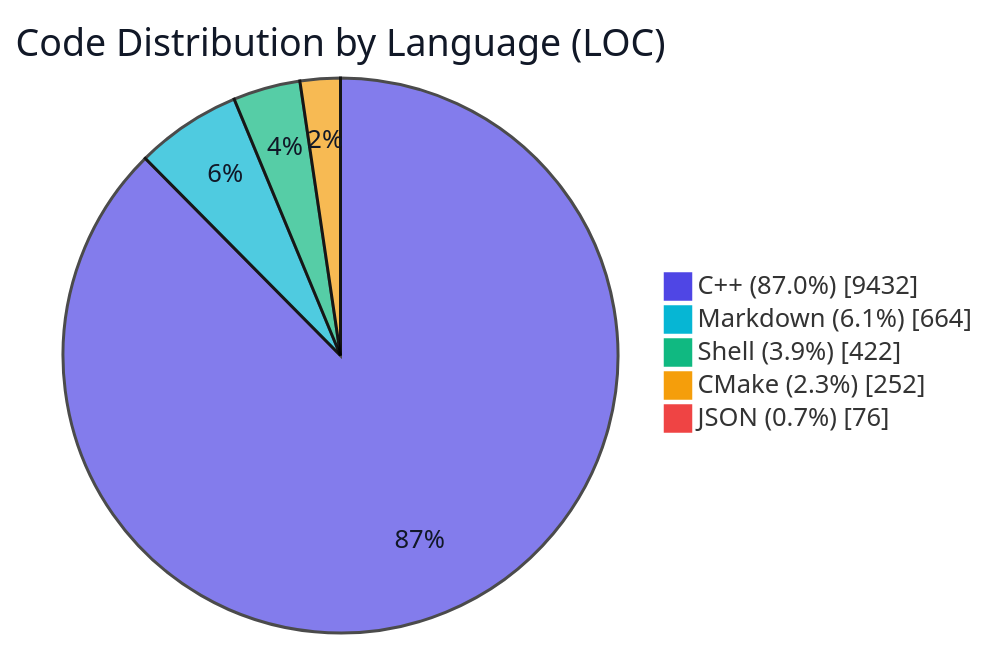
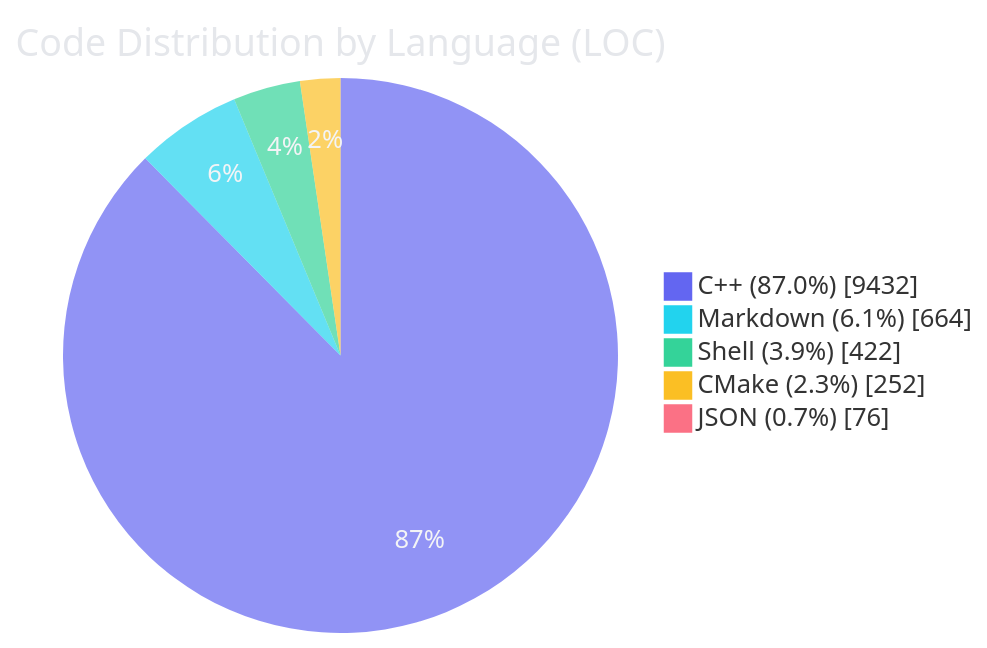
The diagram in README.md (sublimit1736/term4k_sub), drawn with Mermaid before and after one commit. The commit also changed other lines of this file and 3 other files, not shown here.

````diff
--- a/README.md
+++ b/README.md
@@ -45,10 +48,10 @@
 ```mermaid
-%%{init: {'theme': 'base', 'themeVariables': {'fontFamily': 'Inter, Segoe UI, Helvetica, Arial, sans-serif', 'pieTitleTextColor': '#111827', 'pieSectionTextColor': '#111827', 'pieOuterStrokeColor': '#ffffff', 'pieOuterStrokeWidth': '2px', 'pie1': '#4f46e5', 'pie2': '#06b6d4', 'pie3': '#10b981', 'pie4': '#f59e0b', 'pie5': '#ef4444', 'pie6': '#8b5cf6'}}}%%
+%%{init: {'theme': 'base', 'themeVariables': {'fontFamily': 'Fira Code, JetBrains Mono, Source Code Pro, Cascadia Code, Menlo, Consolas, monospace', 'pieTitleTextColor': '#e5e7eb', 'pieSectionTextColor': '#f3f4f6', 'pieOuterStrokeColor': 'transparent', 'pieOuterStrokeWidth': '0px', 'pieStrokeColor': 'transparent', 'pieStrokeWidth': '0px', 'pie1': '#6366f1', 'pie2': '#22d3ee', 'pie3': '#34d399', 'pie4': '#fbbf24', 'pie5': '#fb7185', 'pie6': '#a78bfa'}}}%%
 pie showData
     title Code Distribution by Language (LOC)
     "C++ (87.0%)" : 9432
     "Markdown (6.1%)" : 664
     "Shell (3.9%)" : 422
     "CMake (2.3%)" : 252
     "JSON (0.7%)" : 76
 ```
````
